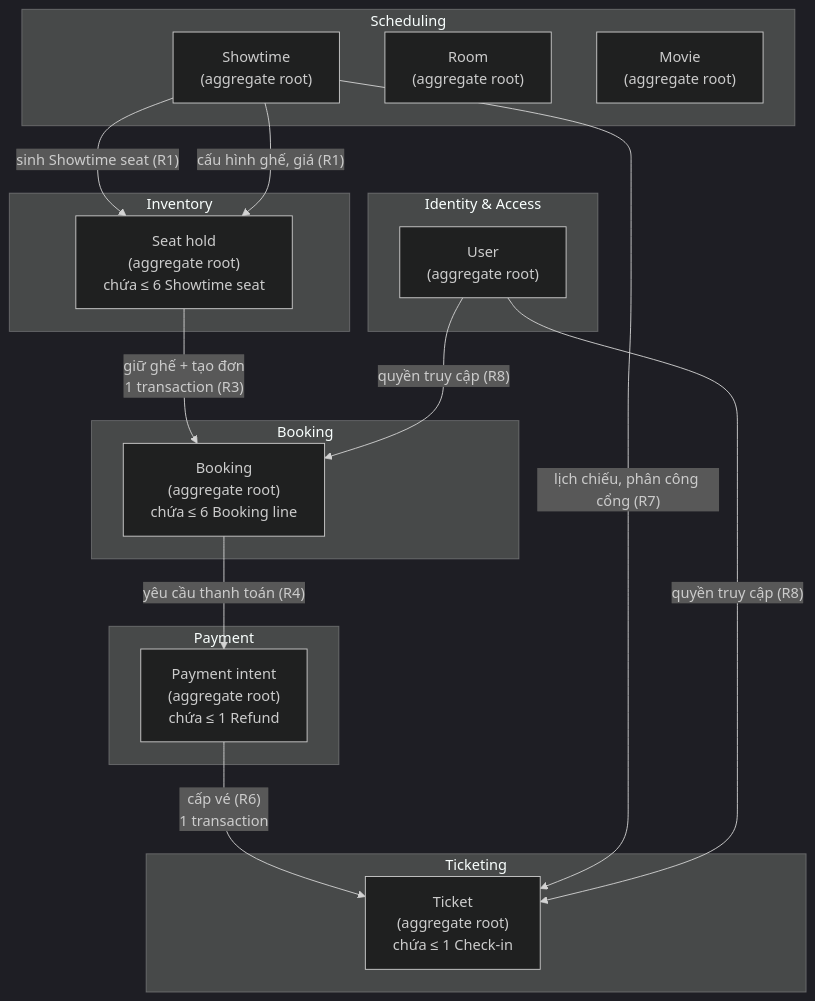
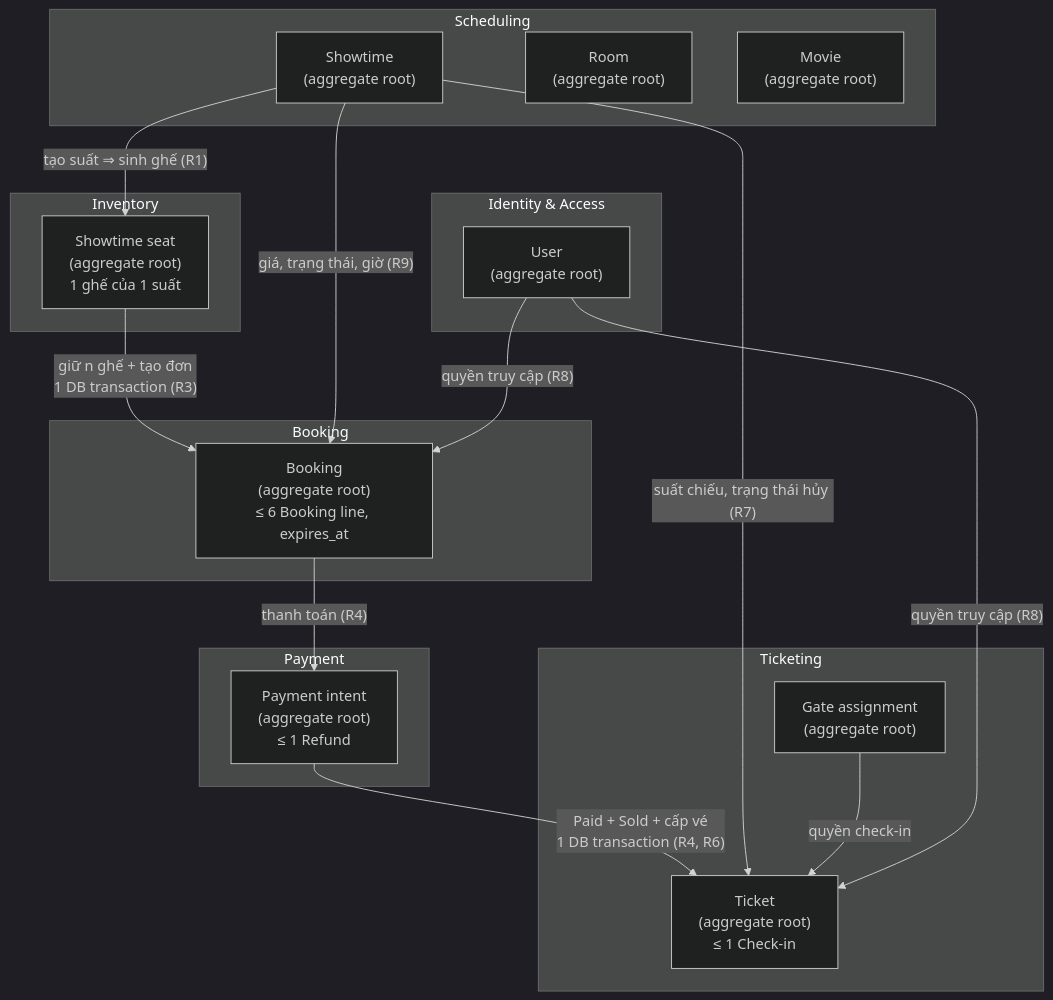
The diagram in docs/domain/aggregates/README.md (HoangDucHiep/advanced-ticket-system), drawn with Mermaid (dark theme) before and after one commit. The commit also changed other lines of this file and 25 other files, not shown here.

````diff
--- a/docs/domain/aggregates/README.md
+++ b/docs/domain/aggregates/README.md
@@ -137,32 +128,34 @@
 ```mermaid
 graph TD
     subgraph Scheduling["Scheduling"]
         Showtime["Showtime<br/>(aggregate root)"]
         Room["Room<br/>(aggregate root)"]
         Movie["Movie<br/>(aggregate root)"]
     end
     subgraph Inventory["Inventory"]
-        SeatHold["Seat hold<br/>(aggregate root)<br/>chứa ≤ 6 Showtime seat"]
+        Seat["Showtime seat<br/>(aggregate root)<br/>1 ghế của 1 suất"]
     end
     subgraph BookingCtx["Booking"]
-        BookingAgg["Booking<br/>(aggregate root)<br/>chứa ≤ 6 Booking line"]
+        BookingAgg["Booking<br/>(aggregate root)<br/>≤ 6 Booking line, expires_at"]
     end
     subgraph PaymentCtx["Payment"]
-        PaymentIntent["Payment intent<br/>(aggregate root)<br/>chứa ≤ 1 Refund"]
+        PaymentIntent["Payment intent<br/>(aggregate root)<br/>≤ 1 Refund"]
     end
     subgraph TicketingCtx["Ticketing"]
-        TicketAgg["Ticket<br/>(aggregate root)<br/>chứa ≤ 1 Check-in"]
+        TicketAgg["Ticket<br/>(aggregate root)<br/>≤ 1 Check-in"]
+        GateAgg["Gate assignment<br/>(aggregate root)"]
     end
     subgraph Identity["Identity & Access"]
         UserAgg["User<br/>(aggregate root)"]
     end
 
-    Showtime -->|"sinh Showtime seat (R1)"| SeatHold
-    SeatHold -->|"giữ ghế + tạo đơn<br/>1 transaction (R3)"| BookingAgg
-    BookingAgg -->|"yêu cầu thanh toán (R4)"| PaymentIntent
-    PaymentIntent -->|"cấp vé (R6)<br/>1 transaction"| TicketAgg
-    Showtime -->|"lịch chiếu, phân công cổng (R7)"| TicketAgg
+    Showtime -->|"tạo suất ⇒ sinh ghế (R1)"| Seat
+    Seat -->|"giữ n ghế + tạo đơn<br/>1 DB transaction (R3)"| BookingAgg
+    Showtime -->|"giá, trạng thái, giờ (R9)"| BookingAgg
+    BookingAgg -->|"thanh toán (R4)"| PaymentIntent
+    PaymentIntent -->|"Paid + Sold + cấp vé<br/>1 DB transaction (R4, R6)"| TicketAgg
+    Showtime -->|"suất chiếu, trạng thái hủy (R7)"| TicketAgg
+    GateAgg -->|"quyền check-in"| TicketAgg
     UserAgg -->|"quyền truy cập (R8)"| BookingAgg
     UserAgg -->|"quyền truy cập (R8)"| TicketAgg
-    Showtime -->|"cấu hình ghế, giá (R1)"| SeatHold
 ```
````
